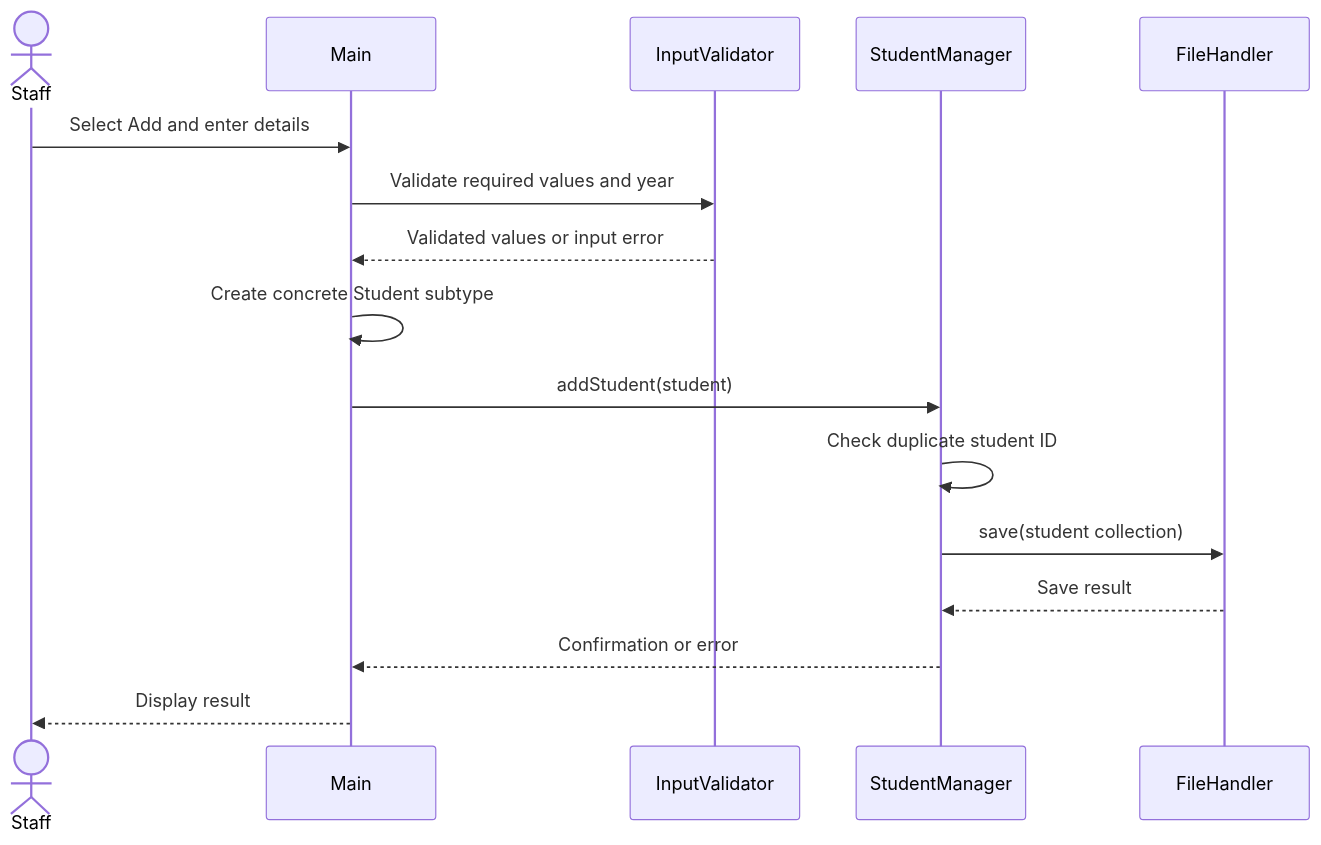
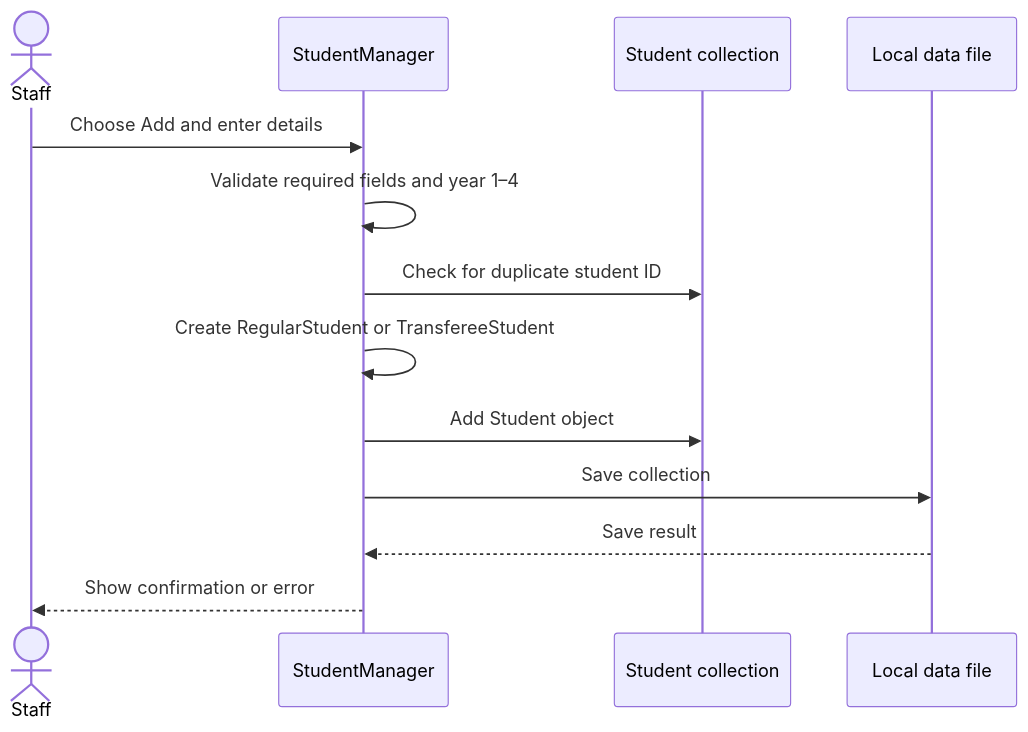
The fourth of 4 diagrams in UML_DESIGN.md (ja3h1/Student-System-Information), drawn with Mermaid before and after one commit. The commit also changed other lines of this file and 15 other files, not shown here.

````diff
--- a/UML_DESIGN.md
+++ b/UML_DESIGN.md
@@ -52,18 +91,15 @@
 ```mermaid
 sequenceDiagram
     actor Staff
-    participant UI as Main
-    participant Validator as InputValidator
-    participant Manager as StudentManager
-    participant File as FileHandler
-    Staff->>UI: Select Add and enter details
-    UI->>Validator: Validate required values and year
-    Validator-->>UI: Validated values or input error
-    UI->>UI: Create concrete Student subtype
-    UI->>Manager: addStudent(student)
-    Manager->>Manager: Check duplicate student ID
-    Manager->>File: save(student collection)
-    File-->>Manager: Save result
-    Manager-->>UI: Confirmation or error
-    UI-->>Staff: Display result
+    participant App as StudentManager
+    participant Records as Student collection
+    participant File as Local data file
+    Staff->>App: Choose Add and enter details
+    App->>App: Validate required fields and year 1–4
+    App->>Records: Check for duplicate student ID
+    App->>App: Create RegularStudent or TransfereeStudent
+    App->>Records: Add Student object
+    App->>File: Save collection
+    File-->>App: Save result
+    App-->>Staff: Show confirmation or error
 ```
````
